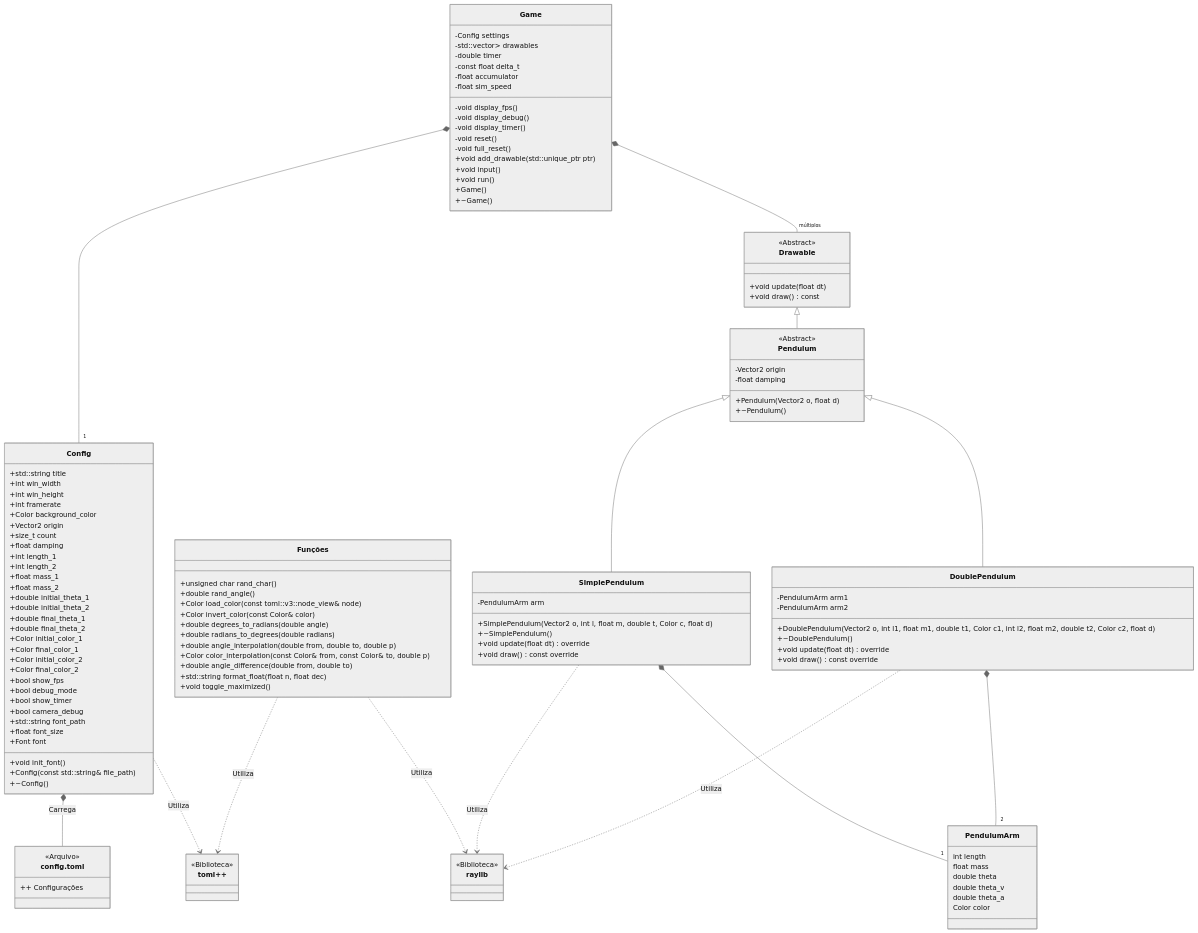
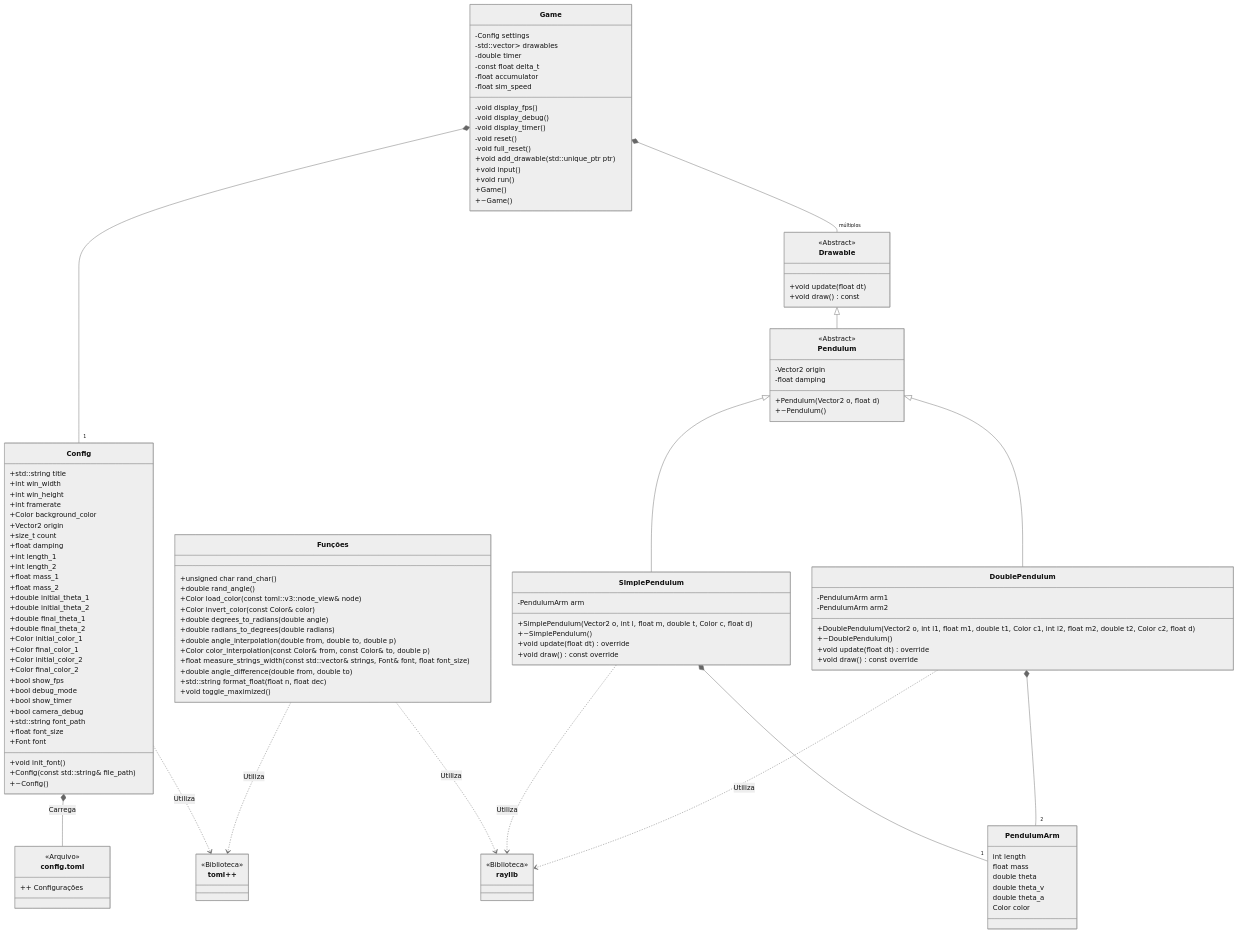
One commit to SamVeras/ChaoticDPends changed the diagram in readme.md. Above: the diagram before and after it, drawn with Mermaid. The commit also changed 4 other files, not shown here.

```diff
--- a/readme.md
+++ b/readme.md
@@ -201,6 +201,7 @@
       +double radians_to_degrees(double radians)
       +double angle_interpolation(double from, double to, double p)
       +Color color_interpolation(const Color& from, const Color& to, double p)
+      +float measure_strings_width(const std::vector<std::string>& strings, Font& font, float font_size)
       +double angle_difference(double from, double to)
       +std::string format_float(float n, float dec)
       +void toggle_maximized()
```
